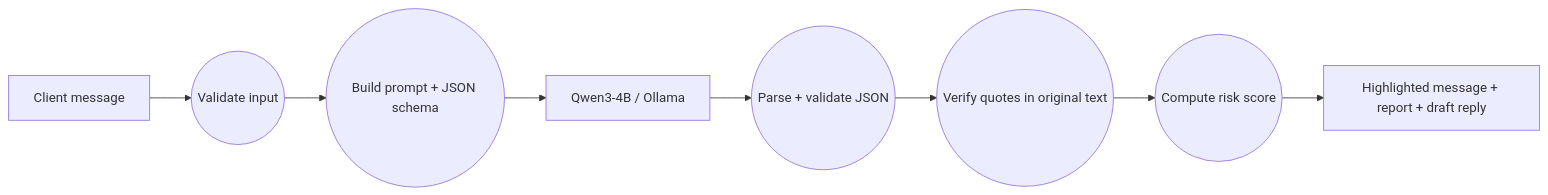
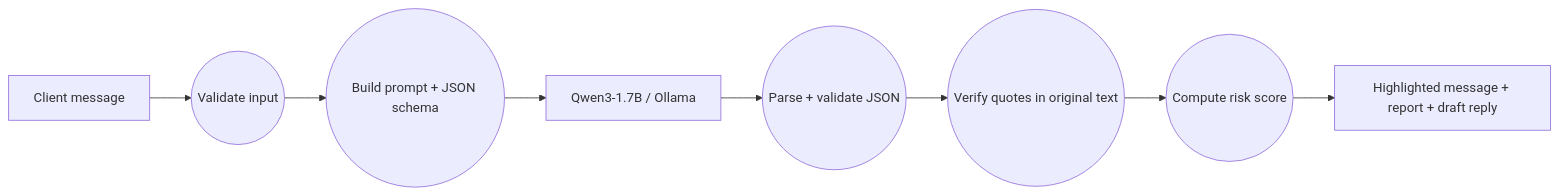
Before and after one commit to saadmanzoor2/scopeguard: the second of 3 diagrams in README.md, drawn with Mermaid. The commit also changed other lines of this file and 3 other files, not shown here.

````diff
--- a/README.md
+++ b/README.md
@@ -42,10 +42,10 @@
 ```mermaid
 flowchart LR
     I[Client message] --> V((Validate input))
     V --> P((Build prompt + JSON schema))
-    P --> M[Qwen3-4B / Ollama]
+    P --> M[Qwen3-1.7B / Ollama]
     M --> J((Parse + validate JSON))
     J --> G((Verify quotes in original text))
     G --> S((Compute risk score))
     S --> O[Highlighted message + report + draft reply]
 ```
````
